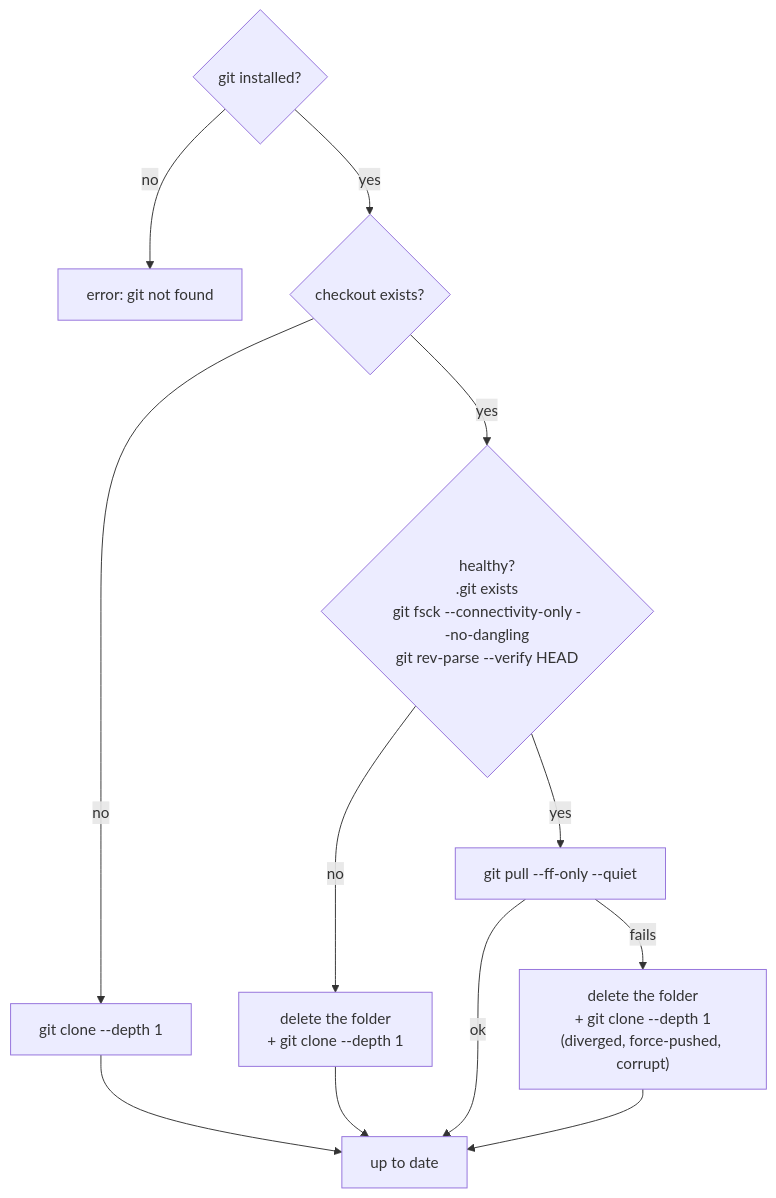
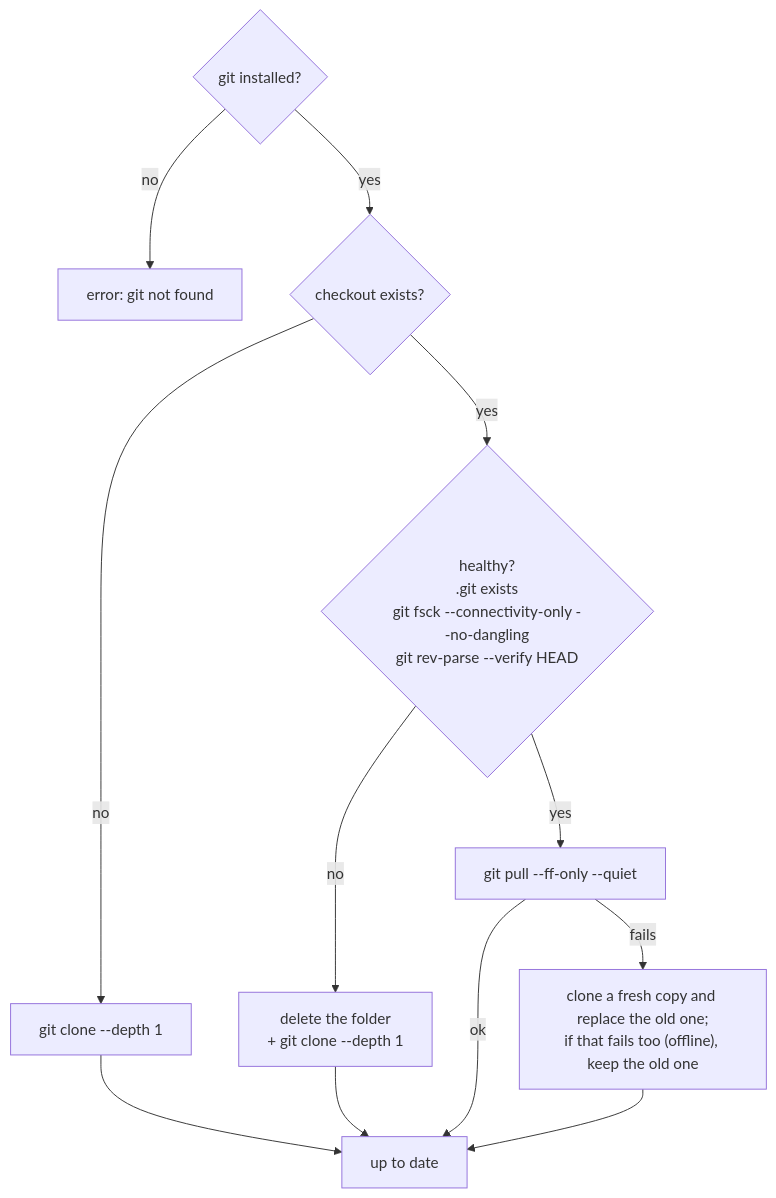
Before and after one commit to ruepp-jenkins/cachyos-security-scanner: the second of 2 diagrams in docs/scanner-lifecycle.md, drawn with Mermaid. The commit also changed other lines of this file and 13 other files, not shown here.

Commit message:
Scanner updates: log them in the history; keep checkouts and old builds when an update fails; campaign refresh without a second scan

````diff
--- a/docs/scanner-lifecycle.md
+++ b/docs/scanner-lifecycle.md
@@ -47,14 +47,14 @@
 ```mermaid
 flowchart TD
     A{"git installed?"} -- no --> X["error: git not found"]
     A -- yes --> B{"checkout exists?"}
     B -- no --> C["git clone --depth 1"]
     B -- yes --> D{"healthy?<br/>.git exists<br/>git fsck --connectivity-only --no-dangling<br/>git rev-parse --verify HEAD"}
     D -- no --> E["delete the folder<br/>+ git clone --depth 1"]
     D -- yes --> F["git pull --ff-only --quiet"]
     F -- ok --> G["up to date"]
-    F -- fails --> H["delete the folder<br/>+ git clone --depth 1<br/>(diverged, force-pushed, corrupt)"]
+    F -- fails --> H["clone a fresh copy and replace the old one;<br/>if that fails too (offline), keep the old one"]
     C --> G
     E --> G
     H --> G
 ```
````
